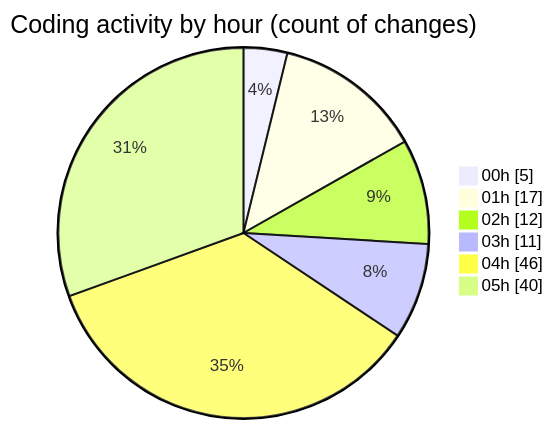
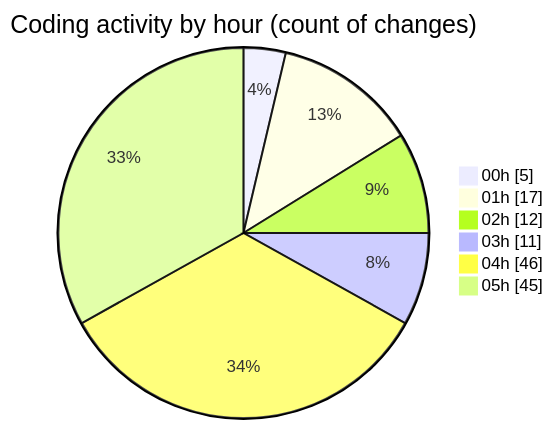
Before and after one commit to EIIisD/code-tracking: the second of 2 diagrams in 2025-08-04/tw-server/README.md, drawn with Mermaid. The commit also changed other lines of this file and 1 other file, not shown here.

````diff
--- a/2025-08-04/tw-server/README.md
+++ b/2025-08-04/tw-server/README.md
@@ -38,10 +38,10 @@
 ```mermaid
 pie showData
 title Coding activity by hour (count of changes)
 "00h" : 5
 "01h" : 17
 "02h" : 12
 "03h" : 11
 "04h" : 46
-"05h" : 40
+"05h" : 45
 ```
````
